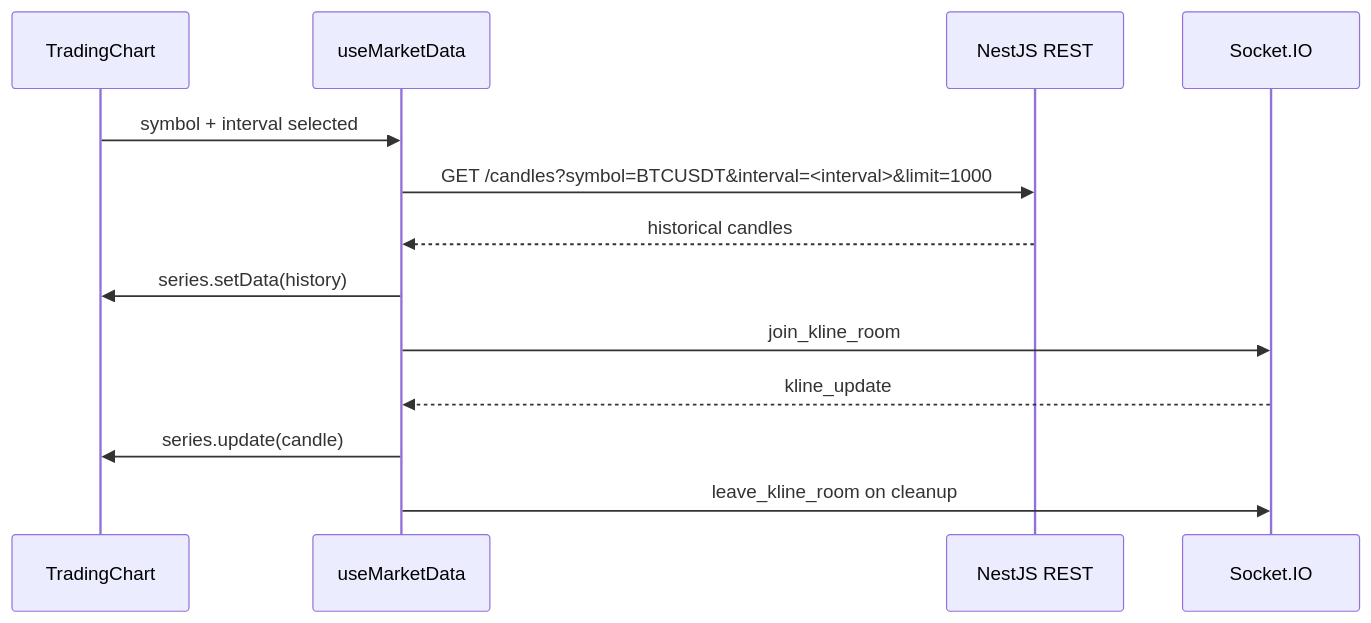
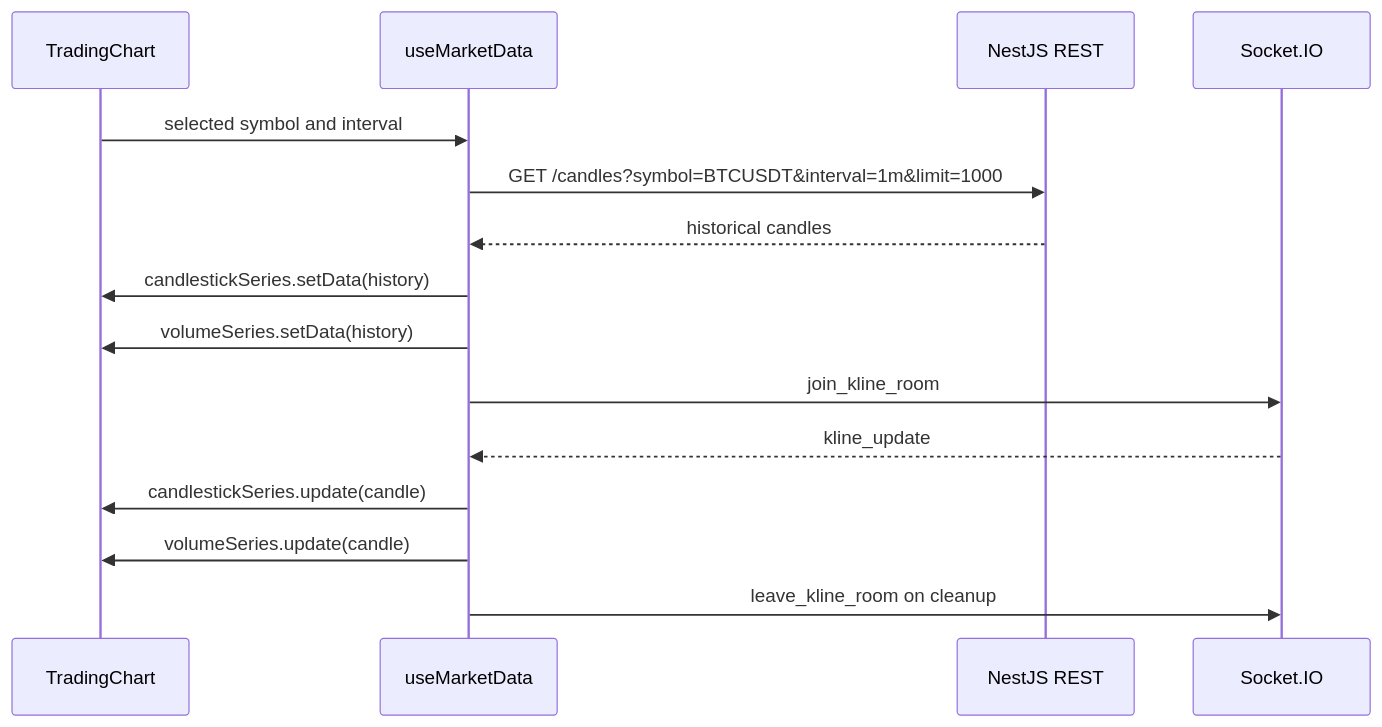
The diagram in frontend/README.md (Zane-Theodore/NexTick), drawn with Mermaid before and after one commit. The commit also changed other lines of this file and 6 other files, not shown here.

````diff
--- a/frontend/README.md
+++ b/frontend/README.md
@@ -76,16 +123,18 @@
 ```mermaid
 sequenceDiagram
   participant UI as TradingChart
   participant Hook as useMarketData
   participant API as NestJS REST
   participant Socket as Socket.IO
 
-  UI->>Hook: symbol + interval selected
-  Hook->>API: GET /candles?symbol=BTCUSDT&interval=<interval>&limit=1000
+  UI->>Hook: selected symbol and interval
+  Hook->>API: GET /candles?symbol=BTCUSDT&interval=1m&limit=1000
   API-->>Hook: historical candles
-  Hook->>UI: series.setData(history)
+  Hook->>UI: candlestickSeries.setData(history)
+  Hook->>UI: volumeSeries.setData(history)
   Hook->>Socket: join_kline_room
   Socket-->>Hook: kline_update
-  Hook->>UI: series.update(candle)
+  Hook->>UI: candlestickSeries.update(candle)
+  Hook->>UI: volumeSeries.update(candle)
   Hook->>Socket: leave_kline_room on cleanup
 ```
````
